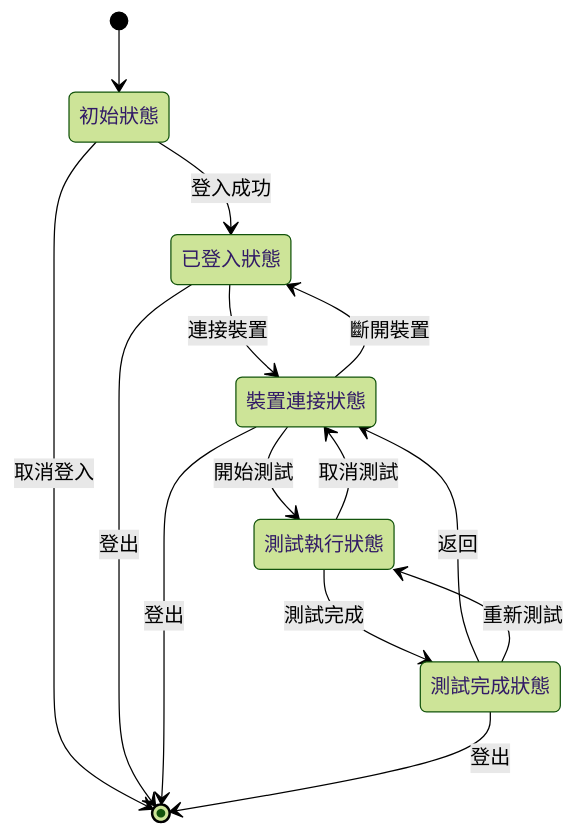
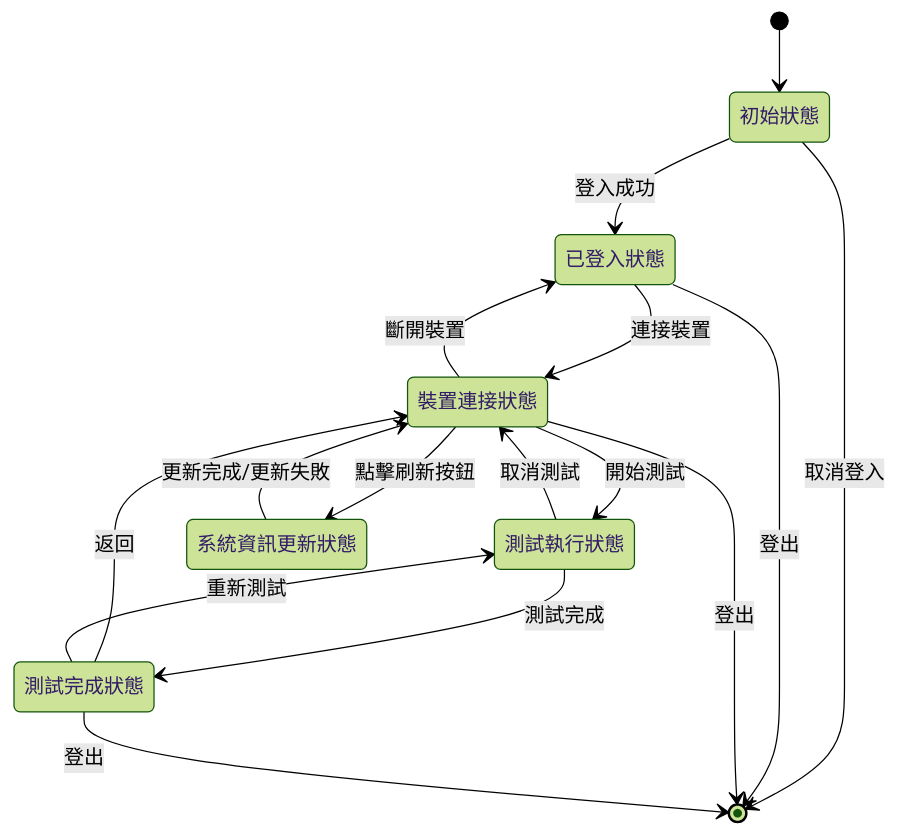
Before and after one commit to MingYuan-Chen/orion_v2: the sixth of 9 diagrams in orion_developer_document.md, drawn with Mermaid (forest theme). The commit also changed other lines of this file, not shown here.

````diff
--- a/orion_developer_document.md
+++ b/orion_developer_document.md
@@ -243,20 +273,23 @@
 ```mermaid
 stateDiagram-v2
     [*] --> 初始狀態
     初始狀態 --> 已登入狀態: 登入成功
     初始狀態 --> [*]: 取消登入
     
     已登入狀態 --> 裝置連接狀態: 連接裝置
     裝置連接狀態 --> 已登入狀態: 斷開裝置
     
     裝置連接狀態 --> 測試執行狀態: 開始測試
     測試執行狀態 --> 測試完成狀態: 測試完成
     測試執行狀態 --> 裝置連接狀態: 取消測試
     
+    裝置連接狀態 --> 系統資訊更新狀態: 點擊刷新按鈕
+    系統資訊更新狀態 --> 裝置連接狀態: 更新完成/更新失敗
+    
     測試完成狀態 --> 裝置連接狀態: 返回
     測試完成狀態 --> 測試執行狀態: 重新測試
     
     已登入狀態 --> [*]: 登出
     裝置連接狀態 --> [*]: 登出
     測試完成狀態 --> [*]: 登出
 ```
````
